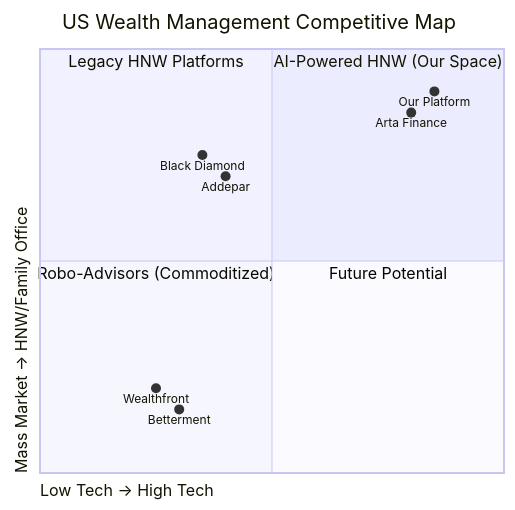
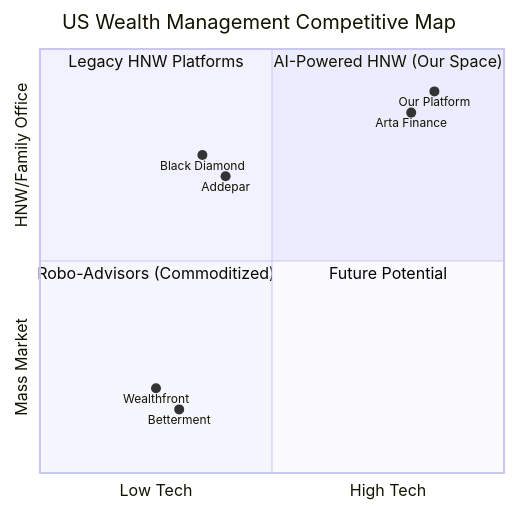
One commit to sudhirig/deckv1 changed the sixth of 8 diagrams in slides.md. Above: the diagram before and after it, drawn with Mermaid.

````diff
--- a/slides.md
+++ b/slides.md
@@ -1488,18 +1488,18 @@
 ```mermaid {theme: 'dark', scale: 0.75}
 quadrantChart
     title US Wealth Management Competitive Map
-    x-axis Low Tech → High Tech
-    y-axis Mass Market → HNW/Family Office
+    x-axis Low Tech --> High Tech
+    y-axis Mass Market --> HNW/Family Office
 
     quadrant-1 "AI-Powered HNW (Our Space)"
     quadrant-2 "Legacy HNW Platforms"
     quadrant-3 "Robo-Advisors (Commoditized)"
     quadrant-4 "Future Potential"
 
     Wealthfront: [0.25, 0.20]
     Betterment: [0.30, 0.15]
     Addepar: [0.40, 0.70]
     Black Diamond: [0.35, 0.75]
     "Arta Finance": [0.80, 0.85]
     "Our Platform": [0.85, 0.90]
 ```
````
